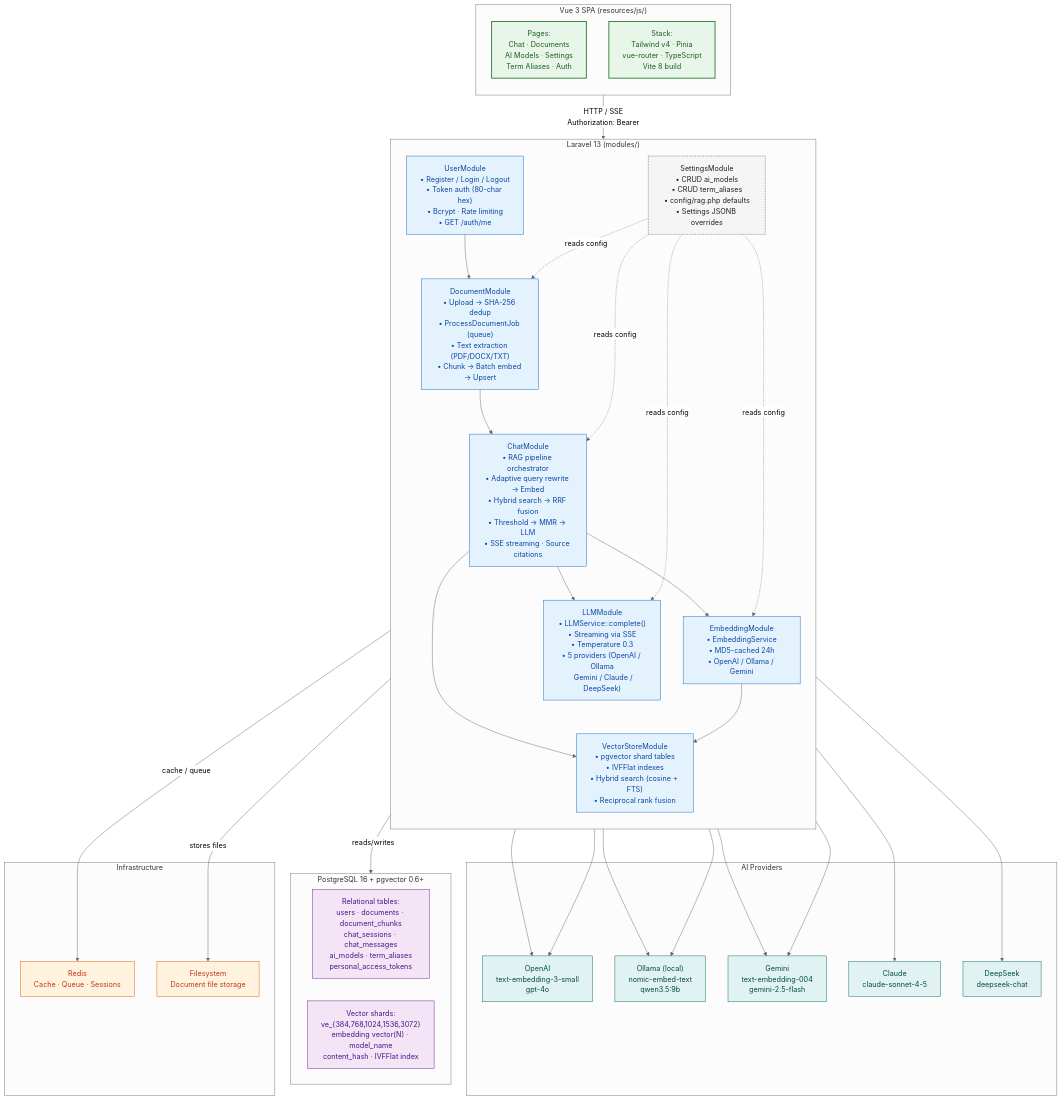
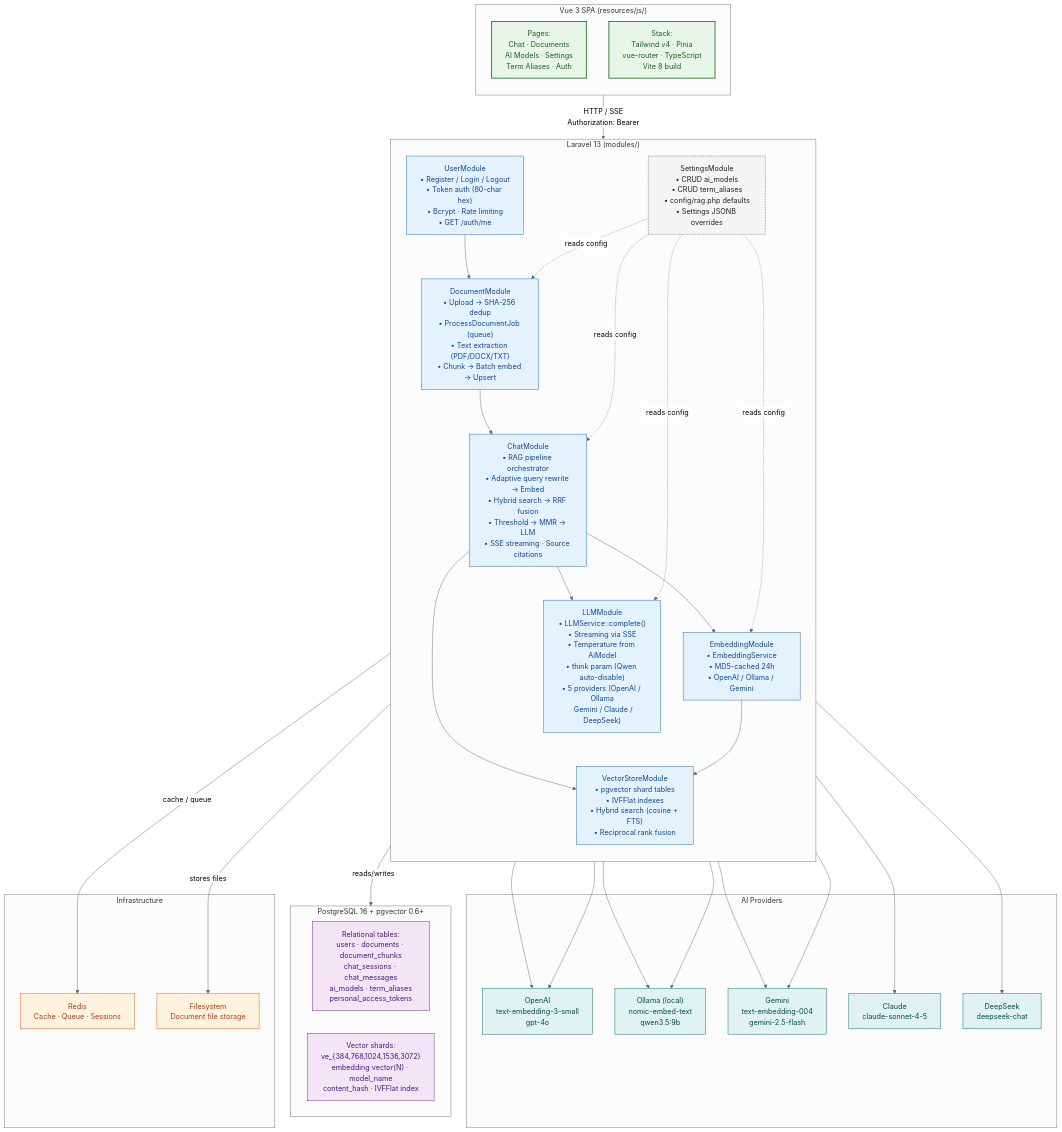
One commit to bobo541574/lumina-rag changed the first of 2 diagrams in README.md. Above: the diagram before and after it, drawn with Mermaid (neutral theme). The commit also changed other lines of this file and 5 other files, not shown here.

````diff
--- a/README.md
+++ b/README.md
@@ -65,78 +65,78 @@
 ```mermaid
 flowchart TB
     classDef frontend fill:#e8f5e9,stroke:#2e7d32,stroke-width:2px,color:#1b5e20
     classDef module fill:#e3f2fd,stroke:#1565c0,stroke-width:1px,color:#0d47a1
     classDef infra fill:#fff3e0,stroke:#e65100,stroke-width:1px,color:#bf360c
     classDef storage fill:#f3e5f5,stroke:#6a1b9a,stroke-width:1px,color:#4a148c
     classDef config fill:#f5f5f5,stroke:#616161,stroke-width:1px,color:#212121,stroke-dasharray:4 2
     classDef external fill:#e0f2f1,stroke:#00695c,stroke-width:1px,color:#004d40
 
     subgraph Frontend["Vue 3 SPA (resources/js/)"]
         direction TB
         Pages["Pages:\nChat · Documents\nAI Models · Settings\nTerm Aliases · Auth"]:::frontend
         UI["Stack:\nTailwind v4 · Pinia\nvue-router · TypeScript\nVite 8 build"]:::frontend
     end
 
     subgraph Backend["Laravel 13 (modules/)"]
         direction TB
 
         UserMod["UserModule\n• Register / Login / Logout\n• Token auth (80-char hex)\n• Bcrypt · Rate limiting\n• GET /auth/me"]:::module
 
         DocMod["DocumentModule\n• Upload → SHA-256 dedup\n• ProcessDocumentJob (queue)\n• Text extraction (PDF/DOCX/TXT)\n• Chunk → Batch embed → Upsert"]:::module
 
         ChatMod["ChatModule\n• RAG pipeline orchestrator\n• Adaptive query rewrite → Embed\n• Hybrid search → RRF fusion\n• Threshold → MMR → LLM\n• SSE streaming · Source citations"]:::module
 
         EmbedMod["EmbeddingModule\n• EmbeddingService\n• MD5-cached 24h\n• OpenAI / Ollama / Gemini"]:::module
 
-        LLMMod["LLMModule\n• LLMService::complete()\n• Streaming via SSE\n• Temperature 0.3\n• 5 providers (OpenAI / Ollama\n  Gemini / Claude / DeepSeek)"]:::module
+        LLMMod["LLMModule\n• LLMService::complete()\n• Streaming via SSE\n• Temperature from AiModel\n• think param (Qwen auto-disable)\n• 5 providers (OpenAI / Ollama\n  Gemini / Claude / DeepSeek)"]:::module
 
         VectorMod["VectorStoreModule\n• pgvector shard tables\n• IVFFlat indexes\n• Hybrid search (cosine + FTS)\n• Reciprocal rank fusion"]:::module
 
         SettingsMod["SettingsModule\n• CRUD ai_models\n• CRUD term_aliases\n• config/rag.php defaults\n• Settings JSONB overrides"]:::config
     end
 
     subgraph Storage["PostgreSQL 16 + pgvector 0.6+"]
         Relational["Relational tables:\nusers · documents · document_chunks\nchat_sessions · chat_messages\nai_models · term_aliases\npersonal_access_tokens"]:::storage
         Vectors["Vector shards:\nve_{384,768,1024,1536,3072}\nembedding vector(N) · model_name\ncontent_hash · IVFFlat index"]:::storage
     end
 
     subgraph AI["AI Providers"]
         OpenAI["OpenAI\ntext-embedding-3-small\ngpt-4o"]:::external
         Ollama["Ollama (local)\nnomic-embed-text\nqwen3.5:9b"]:::external
         Gemini["Gemini\ntext-embedding-004\ngemini-2.5-flash"]:::external
         Claude["Claude\nclaude-sonnet-4-5"]:::external
         DeepSeek["DeepSeek\ndeepseek-chat"]:::external
     end
 
     subgraph Infra["Infrastructure"]
         Redis["Redis\nCache · Queue · Sessions"]:::infra
         Filesystem["Filesystem\nDocument file storage"]:::infra
     end
 
     Frontend -->|"HTTP / SSE\nAuthorization: Bearer"| Backend
 
     UserMod --> DocMod
     DocMod --> ChatMod
     ChatMod --> EmbedMod
     ChatMod --> LLMMod
     ChatMod --> VectorMod
     EmbedMod --> VectorMod
 
     SettingsMod -.->|"reads config"| DocMod
     SettingsMod -.->|"reads config"| ChatMod
     SettingsMod -.->|"reads config"| EmbedMod
     SettingsMod -.->|"reads config"| LLMMod
 
     Backend -->|"reads/writes"| Storage
     Backend -->|"cache / queue"| Redis
     DocMod -->|"stores files"| Filesystem
 
     EmbedMod --> OpenAI
     EmbedMod --> Ollama
     EmbedMod --> Gemini
     LLMMod --> OpenAI
     LLMMod --> Ollama
     LLMMod --> Gemini
     LLMMod --> Claude
     LLMMod --> DeepSeek
 ```
````
